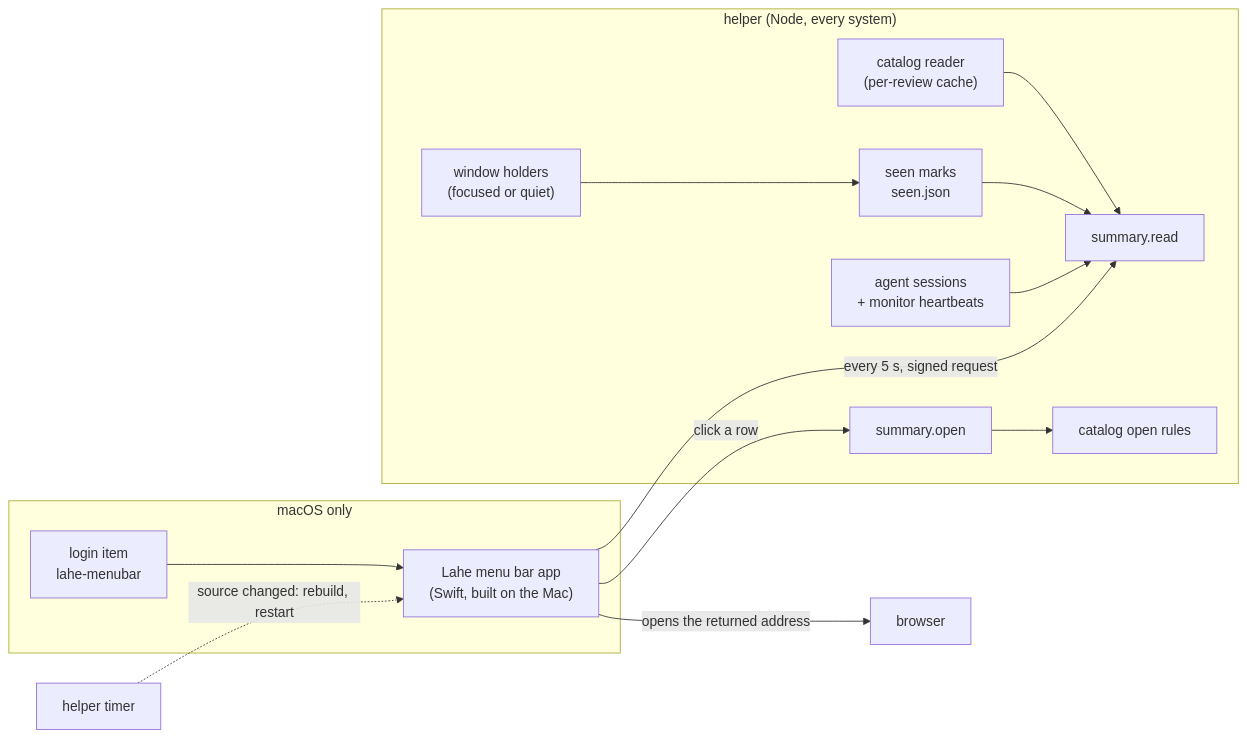
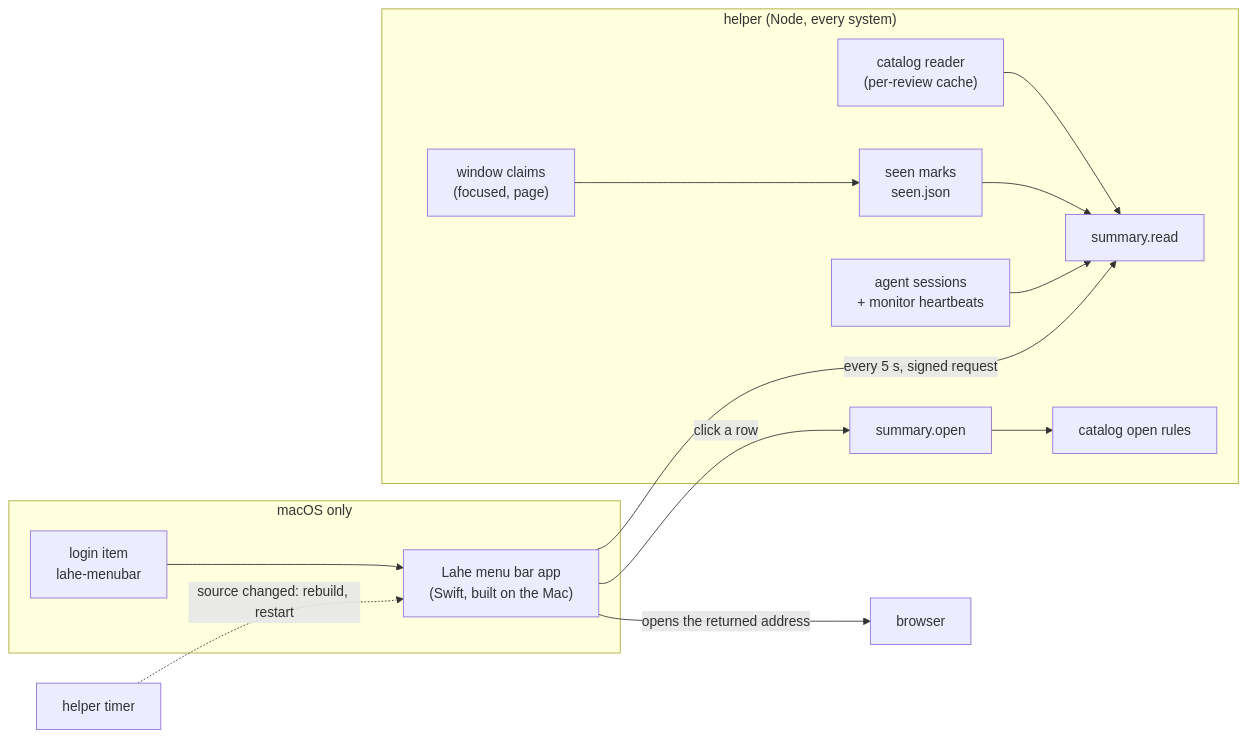
Before and after one commit to kenxle/live-agentic-html-editor: the first of 4 diagrams in docs/features/20261012.01_menu_bar_app/02_architecture_menu_bar_app.md, drawn with Mermaid. The commit also changed other lines of this file and 4 other files, not shown here.

````diff
--- a/docs/features/20261012.01_menu_bar_app/02_architecture_menu_bar_app.md
+++ b/docs/features/20261012.01_menu_bar_app/02_architecture_menu_bar_app.md
@@ -7,19 +7,19 @@
 ```mermaid
 flowchart LR
     subgraph Core["helper (Node, every system)"]
         Reader["catalog reader<br/>(per-review cache)"] --> Summary["summary.read"]
-        Windows["window holders<br/>(focused or quiet)"] --> Seen["seen marks<br/>seen.json"]
+        Windows["window claims<br/>(focused, page)"] --> Seen["seen marks<br/>seen.json"]
         Seen --> Summary
         Sessions["agent sessions<br/>+ monitor heartbeats"] --> Summary
         OpenRoute["summary.open"] --> Actions["catalog open rules"]
     end
     subgraph Mac["macOS only"]
         App["Lahe menu bar app<br/>(Swift, built on the Mac)"]
         Item["login item<br/>lahe-menubar"]
     end
     App -->|"every 5 s, signed request"| Summary
     App -->|"click a row"| OpenRoute
     App -->|"opens the returned address"| Browser["browser"]
     Item --> App
     Helper2["helper timer"] -.->|"source changed: rebuild, restart"| App
 ```
````
